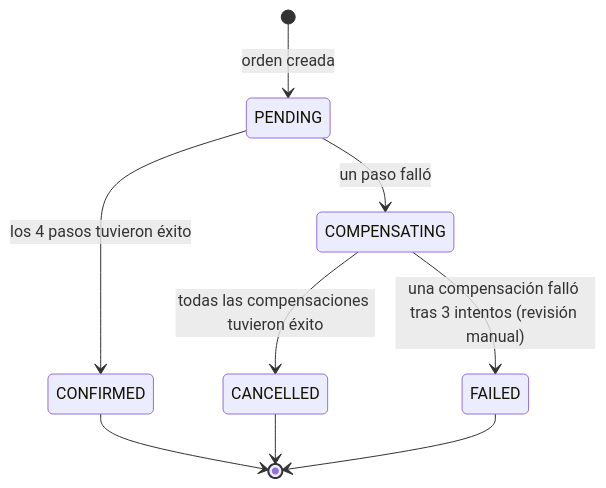
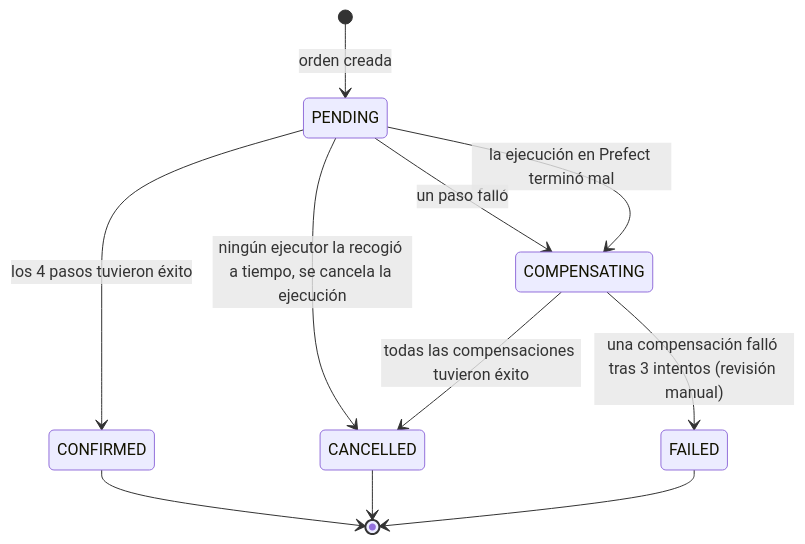
One commit to cdmendez25/wandersync-travel-platform changed the sixth of 7 diagrams in docs/ARQUITECTURA.md. Above: the diagram before and after it, drawn with Mermaid. The commit also changed other lines of this file and 18 other files, not shown here.

````diff
--- a/docs/ARQUITECTURA.md
+++ b/docs/ARQUITECTURA.md
@@ -441,11 +478,13 @@
 ```mermaid
 stateDiagram-v2
     [*] --> PENDING: orden creada
     PENDING --> CONFIRMED: los 4 pasos tuvieron éxito
     PENDING --> COMPENSATING: un paso falló
+    PENDING --> COMPENSATING: la ejecución en Prefect terminó mal
+    PENDING --> CANCELLED: ningún ejecutor la recogió a tiempo, se cancela la ejecución
     COMPENSATING --> CANCELLED: todas las compensaciones tuvieron éxito
     COMPENSATING --> FAILED: una compensación falló tras 3 intentos (revisión manual)
     CONFIRMED --> [*]
     CANCELLED --> [*]
     FAILED --> [*]
 ```
````
